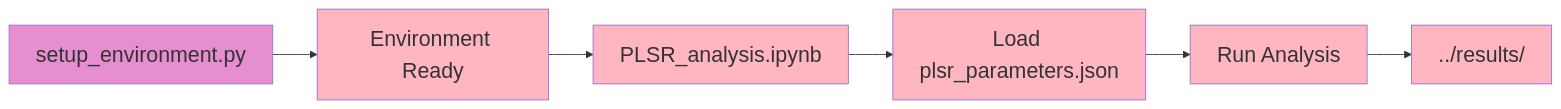
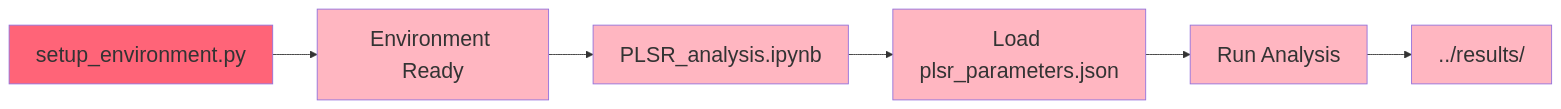
Before and after one commit to Shaswat-qm-researcher/Physics-Informed-Symbolic-Regression-for-Phonon-Related-Property-Prediction-and-Materials-Discovery: the diagram in plsr_feature_selection/code and config/README.md, drawn with Mermaid.

````diff
--- a/plsr_feature_selection/code and config/README.md
+++ b/plsr_feature_selection/code and config/README.md
@@ -142,14 +142,14 @@
 ```mermaid
 graph LR
     A[setup_environment.py] --> B[Environment Ready]
     B --> C[PLSR_analysis.ipynb]
     C --> D[Load plsr_parameters.json]
     D --> E[Run Analysis]
     E --> F[../results/]
-style A fill:#E68ECF, font-size:24px, font-family:Arial
+style A fill:#FF6478, font-size:24px, font-family:Arial
 style B fill:#FFB6C1, font-size:24px, font-family:Arial
 style C fill:#FFB6C1, font-size:24px, font-family:Arial
 style D fill:#FFB6C1, font-size:24px, font-family:Arial
 style E fill:#FFB6C1, font-size:24px, font-family:Arial
 style F fill:#FFB6C1, font-size:24px, font-family:Arial
 ```
````
